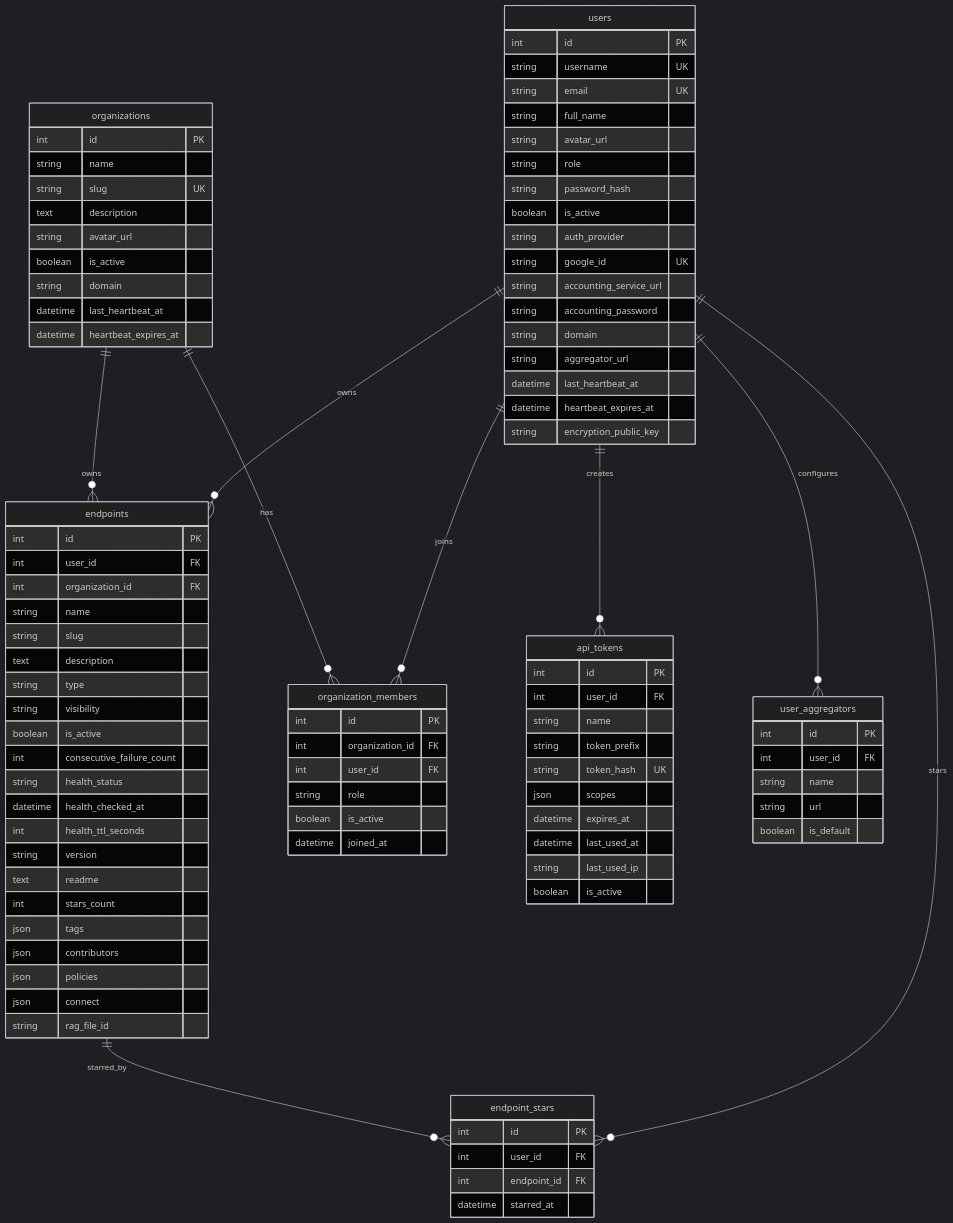
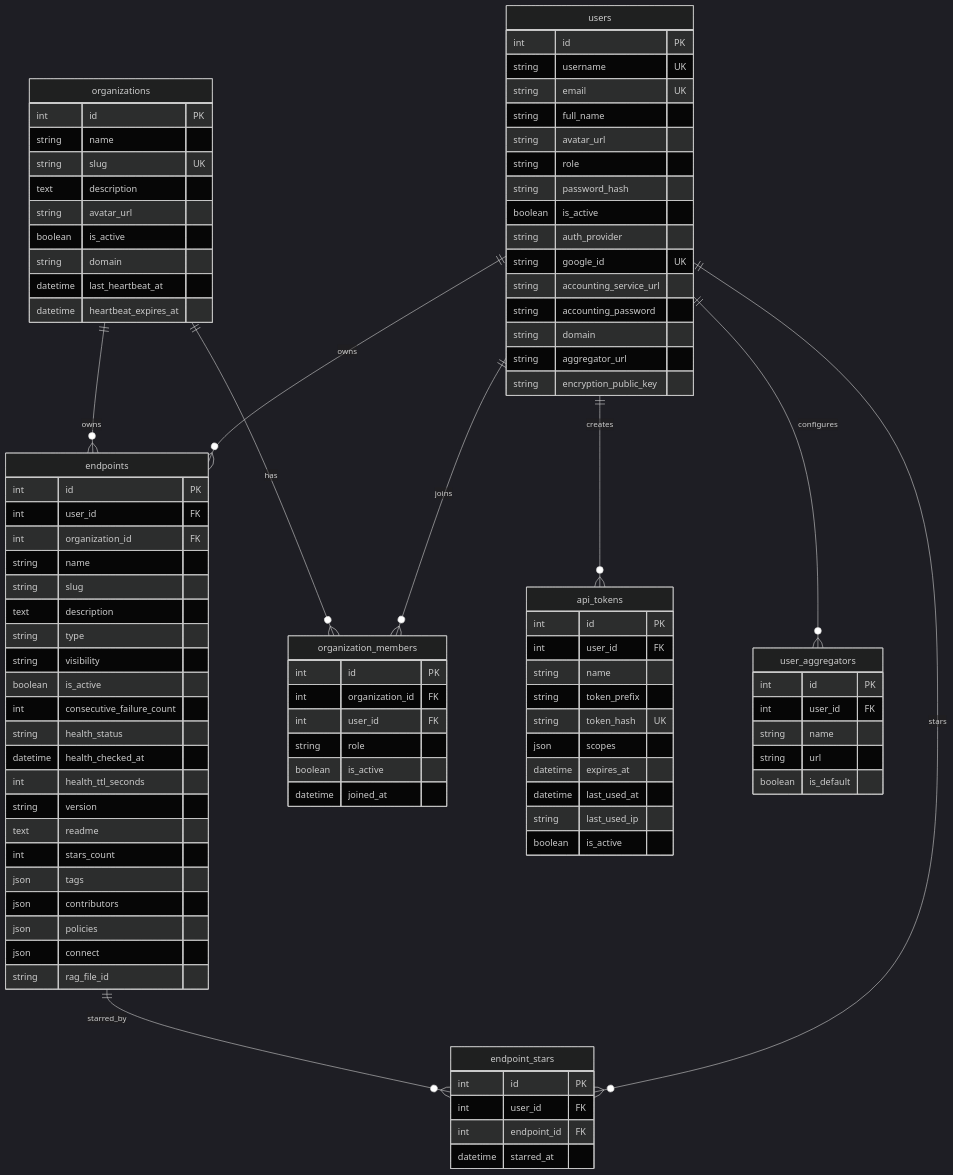
Before and after one commit to OpenMined/syfthub: the third of 7 diagrams in docs/architecture/components/backend.md, drawn with Mermaid (dark theme). The commit also changed other lines of this file and 45 other files, not shown here.

```diff
--- a/docs/architecture/components/backend.md
+++ b/docs/architecture/components/backend.md
@@ -160,8 +160,6 @@
         string accounting_password
         string domain
         string aggregator_url
-        datetime last_heartbeat_at
-        datetime heartbeat_expires_at
         string encryption_public_key
     }
 
```
